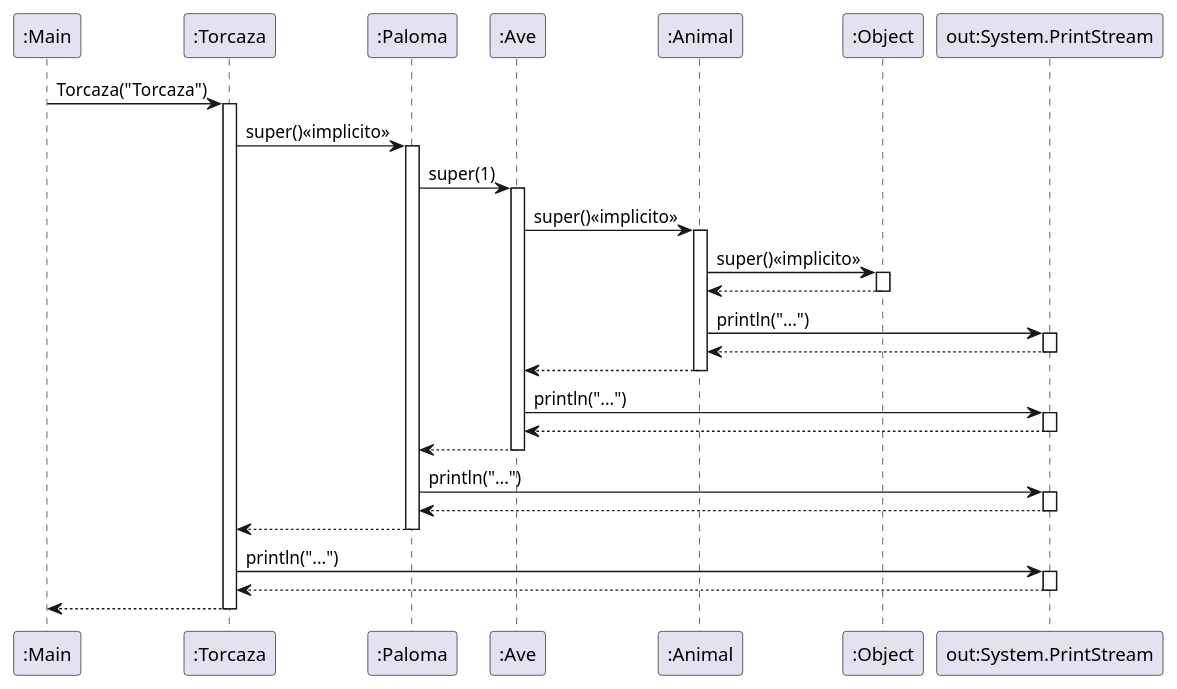
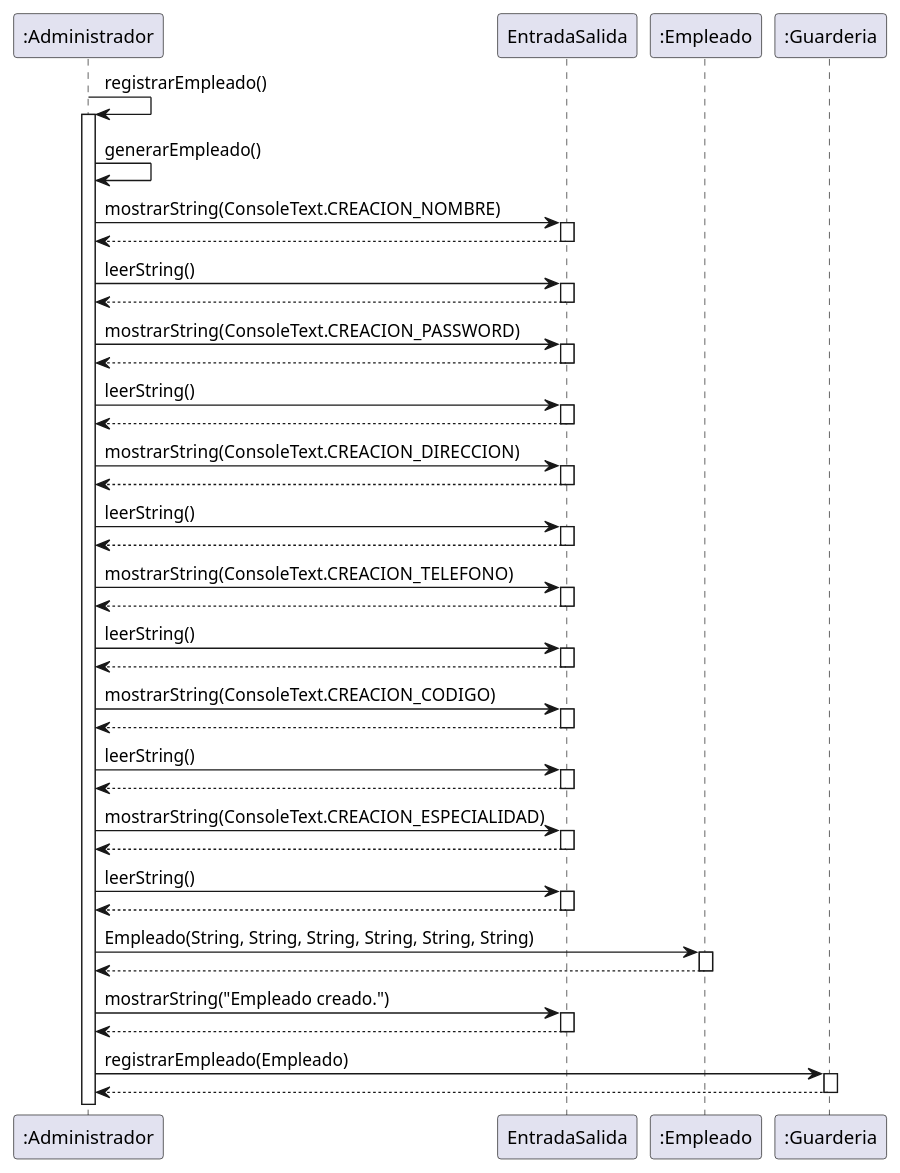
The diagram in resources/diagramaDeSecuencia.puml (LeandroFulvio/inspt-p2-guarderia-central), drawn with PlantUML before and after one commit.

Commit message:
Actualizacion Documentacion Diagrama de Secuencia - Crear Empleado UML

```diff
--- a/resources/diagramaDeSecuencia.puml
+++ b/resources/diagramaDeSecuencia.puml
@@ -3,47 +3,103 @@
 @startuml CadenaDeLlamadas
 
-participant ":Main" as M
+participant ":Administrador" as Adm
+participant "EntradaSalida" as SOUT
+participant ":Empleado" as emp
+participant ":Guarderia" as G
+
+Adm -> Adm : registrarEmpleado()
+activate Adm
+
+Adm -> Adm : generarEmpleado()
+
+Adm -> SOUT : mostrarString(ConsoleText.CREACION_NOMBRE)
+activate SOUT
+return
+Adm -> SOUT : leerString()
+activate SOUT
+return
+Adm -> SOUT : mostrarString(ConsoleText.CREACION_PASSWORD)
+activate SOUT
+return
+Adm -> SOUT : leerString()
+activate SOUT
+return
+Adm -> SOUT : mostrarString(ConsoleText.CREACION_DIRECCION)
+activate SOUT
+return
+Adm -> SOUT : leerString()
+activate SOUT
+return
+Adm -> SOUT : mostrarString(ConsoleText.CREACION_TELEFONO)
+activate SOUT
+return
+Adm -> SOUT : leerString()
+activate SOUT
+return
+Adm -> SOUT : mostrarString(ConsoleText.CREACION_CODIGO)
+activate SOUT
+return
+Adm -> SOUT : leerString()
+activate SOUT
+return
+Adm -> SOUT : mostrarString(ConsoleText.CREACION_ESPECIALIDAD)
+activate SOUT
+return
+Adm -> SOUT : leerString()
+activate SOUT
+return
+Adm -> emp : Empleado(String, String, String, String, String, String)
+activate emp
+return
+
+Adm -> SOUT : mostrarString("Empleado creado.")
+activate SOUT
+return
+
+Adm -> G : registrarEmpleado(Empleado)
+activate G
+return
+
+/'
 participant ":Torcaza" as T
 participant ":Paloma" as P
 participant ":Ave" as Av
 participant ":Animal" as An
 participant ":Object" as O
-participant "out:System.PrintStream" as SOUT
-
-M -> T: Torcaza("Torcaza")
+Adm -> T: Torcaza("Torcaza")
 activate T
 
 T -> P: super()<<implicito>>
 activate P
 
 P -> Av: super(1)
 activate Av
 
 Av -> An: super()<<implicito>>
 activate An
 
 An -> O: super()<<implicito>>
 activate O
 return
 
 An -> SOUT : println("...")
 activate SOUT
 return
 return
 
 Av -> SOUT : println("...")
 activate SOUT
 return
 return
 
 P -> SOUT : println("...")
 activate SOUT
 return
 return
 
 T -> SOUT : println("...")
 activate SOUT
 return
 return
-
+'/
 @enduml
```
